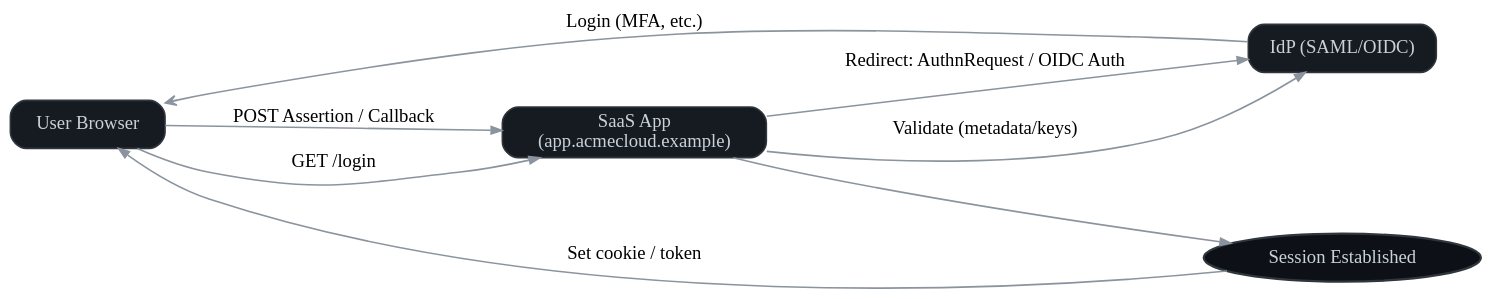
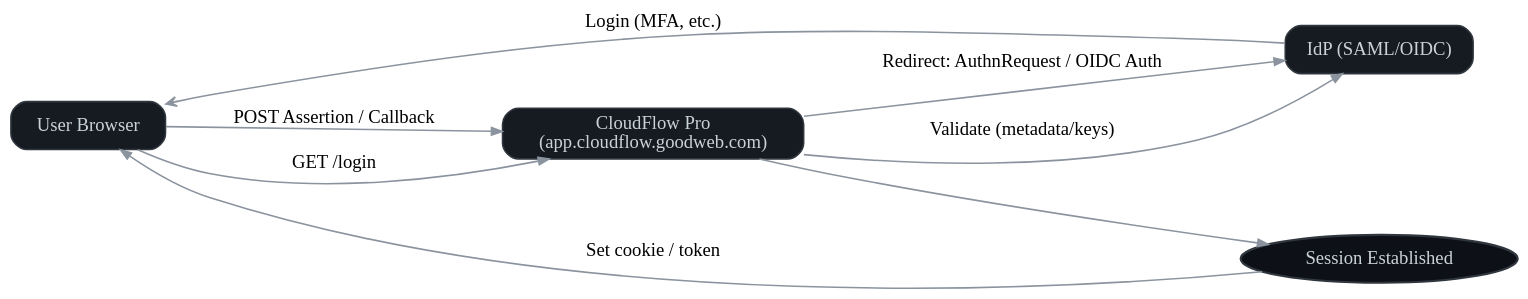
One commit to KorayErkan/tw-portfolio changed the second of 2 diagrams in software-guides/installation-setup-guide.md. Above: the diagram before and after it, drawn with Graphviz. The commit also changed other lines of this file, not shown here.

````diff
--- a/software-guides/installation-setup-guide.md
+++ b/software-guides/installation-setup-guide.md
@@ -113,21 +113,21 @@
 ```graphviz
 // sso-flow.dot
 digraph G {
   graph [rankdir=LR, splines=true, bgcolor="transparent", nodesep=0.6, ranksep=0.9];
   node  [shape=rounded, style="filled,rounded", fillcolor="#161b22", color="#30363d", fontcolor="#c9d1d9", penwidth=1.2];
   edge  [color="#8b949e", arrowsize=0.8, penwidth=1.2];
 
   user    [label="User Browser"];
-  app     [label="SaaS App\n(app.acmecloud.example)"];
+  app     [label="CloudFlow Pro\n(app.cloudflow.goodweb.com)"];
   idp     [label="IdP (SAML/OIDC)"];
   session [label="Session Established", shape=ellipse, fillcolor="#0d1117", penwidth=1.6];
 
   user -> app   [label="GET /login"];
   app  -> idp   [label="Redirect: AuthnRequest / OIDC Auth"];
   idp  -> user  [label="Login (MFA, etc.)", dir=both, arrowhead=vee, arrowtail=none];
   user -> app   [label="POST Assertion / Callback"];
   app  -> idp   [label="Validate (metadata/keys)"];
   app  -> session;
   session -> user [label="Set cookie / token"];
 }
 ```
````
